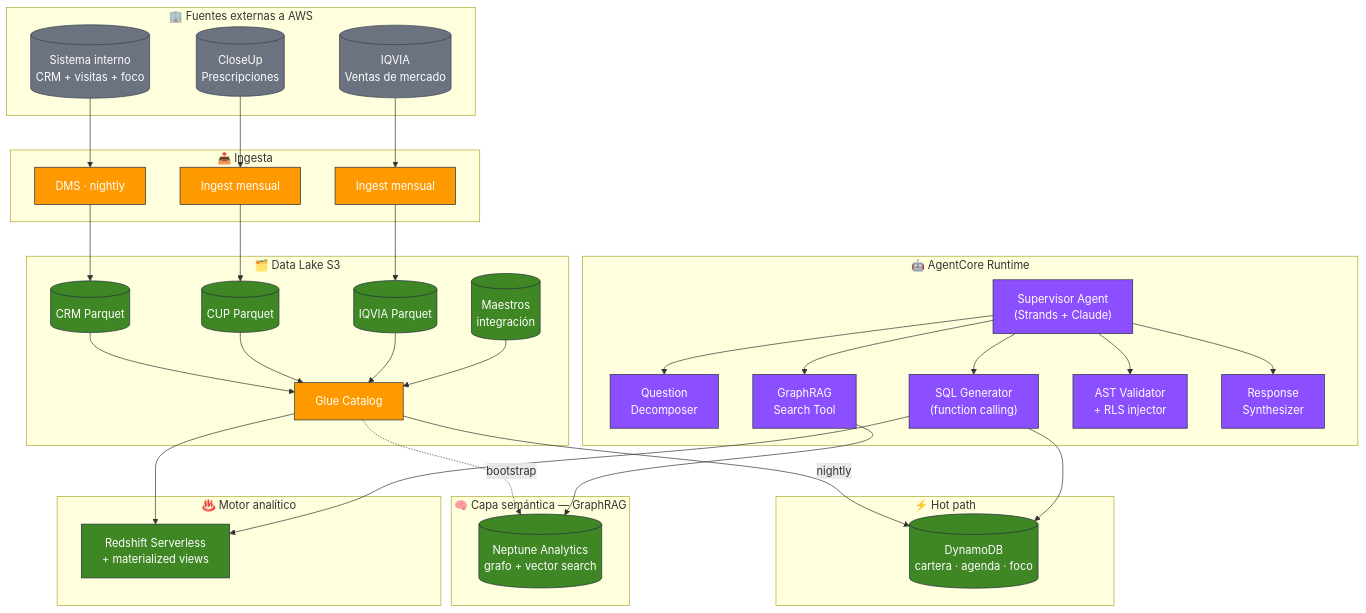
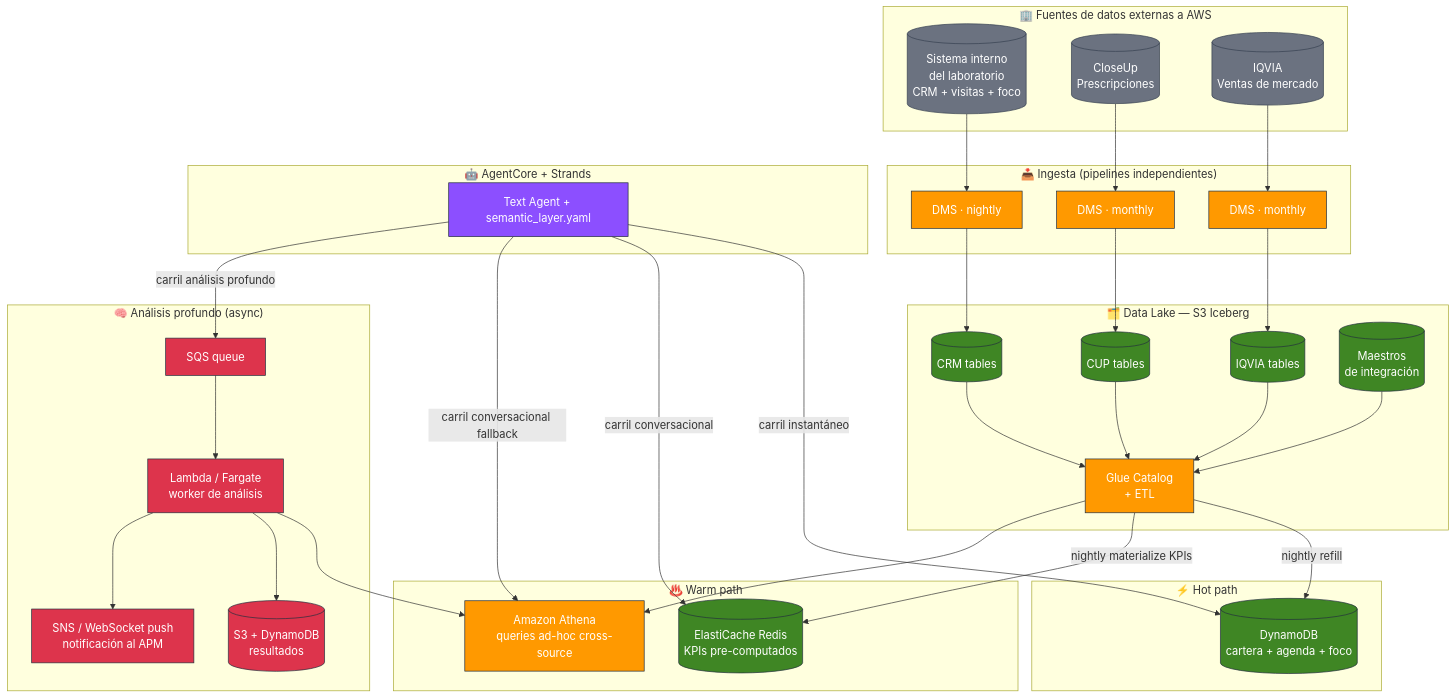
The first of 2 diagrams in docs/road-to-prod.md (hmancinifranco/pharmassist), drawn with Mermaid before and after one commit. The commit also changed other lines of this file and 2 other files, not shown here.

````diff
--- a/docs/road-to-prod.md
+++ b/docs/road-to-prod.md
@@ -352,76 +254,76 @@
 ```mermaid
 flowchart TB
-    subgraph Ext["🏢 Fuentes externas a AWS"]
-        CRMINT[("Sistema interno<br/>CRM + visitas + foco")]
+    subgraph Ext["🏢 Fuentes de datos externas a AWS"]
+        CRMINT[("Sistema interno<br/>del laboratorio<br/>CRM + visitas + foco")]
         CUP[("CloseUp<br/>Prescripciones")]
         IQVIA[("IQVIA<br/>Ventas de mercado")]
     end
 
-    subgraph Ingest["📥 Ingesta"]
+    subgraph Ingest["📥 Ingesta (pipelines independientes)"]
         DMS1["DMS · nightly"]
-        ING2["Ingest mensual"]
-        ING3["Ingest mensual"]
+        DMS2["DMS · monthly"]
+        DMS3["DMS · monthly"]
     end
 
-    subgraph Lake["🗂️ Data Lake S3"]
-        S3CRM[("CRM Parquet")]
-        S3CUP[("CUP Parquet")]
-        S3IQV[("IQVIA Parquet")]
-        MAESTROS[("Maestros<br/>integración")]
-        GLUE["Glue Catalog"]
+    subgraph Lake["🗂️ Data Lake — S3 Iceberg"]
+        S3CRM[("CRM tables")]
+        S3CUP[("CUP tables")]
+        S3IQV[("IQVIA tables")]
+        MAESTROS[("Maestros<br/>de integración")]
+        GLUE["Glue Catalog<br/>+ ETL"]
     end
 
     subgraph Hot["⚡ Hot path"]
-        DDB[("DynamoDB<br/>cartera · agenda · foco")]
+        DDB[("DynamoDB<br/>cartera + agenda + foco")]
     end
 
-    subgraph Semantic["🧠 Capa semántica — GraphRAG"]
-        NEPTUNE[("Neptune Analytics<br/>grafo + vector search")]
+    subgraph Warm["♨️ Warm path"]
+        REDIS[("ElastiCache Redis<br/>KPIs pre-computados")]
+        ATHENA["Amazon Athena<br/>queries ad-hoc cross-source"]
     end
 
-    subgraph Warm["♨️ Motor analítico"]
-        RS["Redshift Serverless<br/>+ materialized views"]
+    subgraph Async["🧠 Análisis profundo (async)"]
+        SQS["SQS queue"]
+        WORKER["Lambda / Fargate<br/>worker de análisis"]
+        STORE[("S3 + DynamoDB<br/>resultados")]
+        SNS["SNS / WebSocket push<br/>notificación al APM"]
     end
 
-    subgraph Agent["🤖 AgentCore Runtime"]
-        SUPER["Supervisor Agent<br/>(Strands + Claude)"]
-        DECOMP["Question<br/>Decomposer"]
-        GRAPHRAG["GraphRAG<br/>Search Tool"]
-        SQLGEN["SQL Generator<br/>(function calling)"]
-        VALID["AST Validator<br/>+ RLS injector"]
-        SYNTH["Response<br/>Synthesizer"]
+    subgraph Agent["🤖 AgentCore + Strands"]
+        AGT["Text Agent + semantic_layer.yaml"]
     end
 
     CRMINT --> DMS1 --> S3CRM
-    CUP --> ING2 --> S3CUP
-    IQVIA --> ING3 --> S3IQV
+    CUP --> DMS2 --> S3CUP
+    IQVIA --> DMS3 --> S3IQV
 
     S3CRM --> GLUE
     S3CUP --> GLUE
     S3IQV --> GLUE
     MAESTROS --> GLUE
 
-    GLUE -->|nightly| DDB
-    GLUE --> RS
-    GLUE -.bootstrap.-> NEPTUNE
+    GLUE -->|nightly refill| DDB
+    GLUE -->|nightly materialize KPIs| REDIS
+    GLUE --> ATHENA
 
-    SUPER --> DECOMP
-    SUPER --> GRAPHRAG
-    SUPER --> SQLGEN
-    SUPER --> VALID
-    SUPER --> SYNTH
-
-    GRAPHRAG --> NEPTUNE
-    SQLGEN --> RS
-    SQLGEN --> DDB
+    AGT -->|carril instantáneo| DDB
+    AGT -->|carril conversacional| REDIS
+    AGT -->|carril conversacional fallback| ATHENA
+    AGT -->|carril análisis profundo| SQS
+    SQS --> WORKER
+    WORKER --> ATHENA
+    WORKER --> STORE
+    WORKER --> SNS
 
     classDef ext fill:#6B7280,stroke:#374151,color:#fff
     classDef aws fill:#FF9900,stroke:#232F3E,color:#fff
     classDef data fill:#3F8624,stroke:#232F3E,color:#fff
     classDef agent fill:#8C4FFF,stroke:#232F3E,color:#fff
+    classDef async fill:#DD344C,stroke:#232F3E,color:#fff
 
     class CRMINT,CUP,IQVIA ext
-    class DMS1,ING2,ING3,GLUE aws
-    class S3CRM,S3CUP,S3IQV,MAESTROS,DDB,RS,NEPTUNE data
-    class SUPER,DECOMP,GRAPHRAG,SQLGEN,VALID,SYNTH agent
+    class DMS1,DMS2,DMS3,ATHENA,GLUE aws
+    class S3CRM,S3CUP,S3IQV,MAESTROS,DDB,REDIS data
+    class AGT agent
+    class SQS,WORKER,STORE,SNS async
 ```
````
